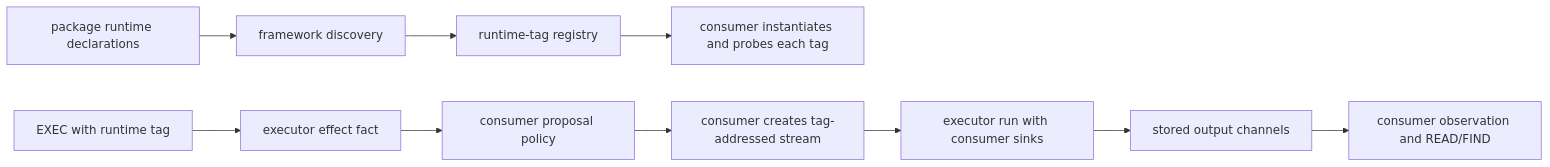
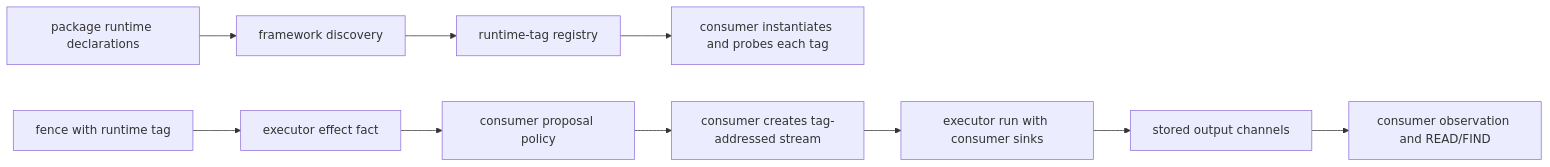
The diagram in plurnk-execs/SPEC.md (plurnk/plurnk-service), drawn with Mermaid before and after one commit. The commit also changed other lines of this file and 12 other files, not shown here.

Commit message:
docs(spec): executions are runtime fences; EXEC leaves the vocabulary (#659)

````diff
--- a/plurnk-execs/SPEC.md
+++ b/plurnk-execs/SPEC.md
@@ -15,12 +15,12 @@
 ```mermaid
 flowchart LR
     Manifest["package runtime declarations"] --> Discover["framework discovery"]
     Discover --> Registry["runtime-tag registry"]
     Registry --> Probe["consumer instantiates and probes each tag"]
-    Request["EXEC with runtime tag"] --> Effect["executor effect fact"]
+    Request["fence with runtime tag"] --> Effect["executor effect fact"]
     Effect --> Admission["consumer proposal policy"]
     Admission --> Stream["consumer creates tag-addressed stream"]
     Stream --> Run["executor run with consumer sinks"]
     Run --> Channels["stored output channels"]
     Channels --> Packet["consumer observation and READ/FIND"]
 ```
````
